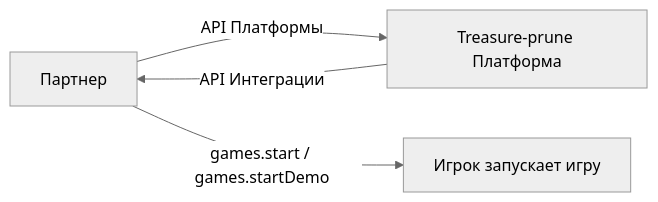
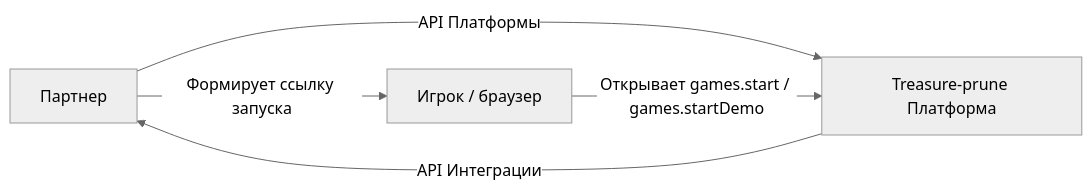
The second of 6 diagrams in API_Treasure-prune.md (alexgoodman53/casino), drawn with Mermaid (neutral theme) before and after one commit. The commit also changed other lines of this file, not shown here.

Commit message:
Clarify Treasure-prune call flow diagrams

````diff
--- a/API_Treasure-prune.md
+++ b/API_Treasure-prune.md
@@ -871,6 +871,7 @@
 ```mermaid
 flowchart LR
     A["Партнер"] -->|"API Платформы"| B["Treasure-prune Платформа"]
+    A -->|"Формирует ссылку запуска"| C["Игрок / браузер"]
+    C -->|"Открывает games.start / games.startDemo"| B
     B -->|"API Интеграции"| A
-    A -->|"games.start / games.startDemo"| C["Игрок запускает игру"]
 ```
````
